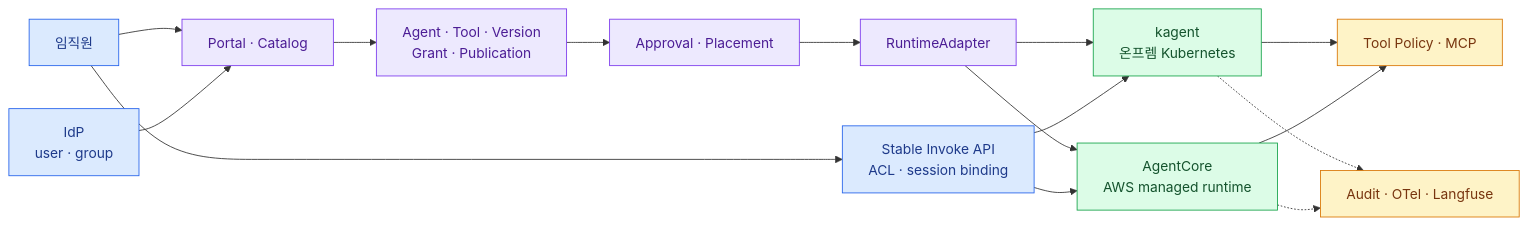
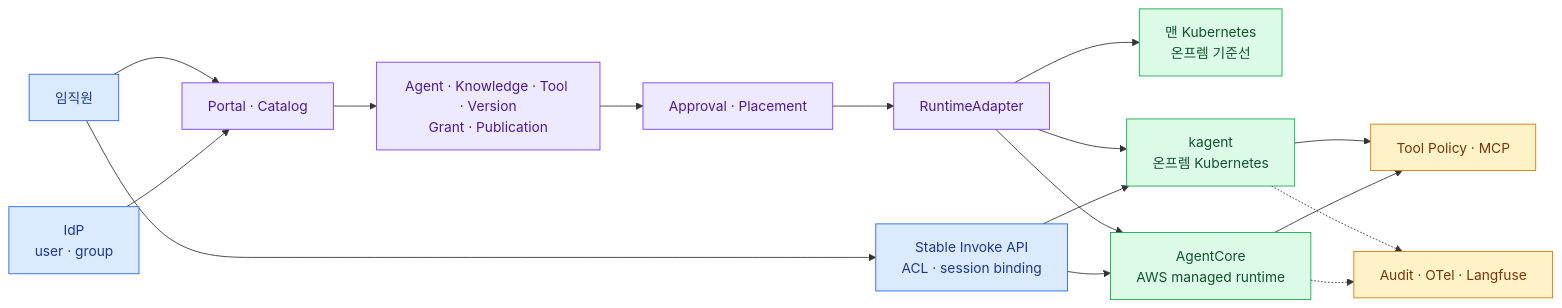
The diagram in src/content/docs/agent-platform/17-wrapup.mdx (mechurak/study-starlight), drawn with Mermaid before and after one commit. The commit also changed other lines of this file and 21 other files, not shown here.

Commit message:
Refine the agent platform architecture deck

````diff
--- a/src/content/docs/agent-platform/17-wrapup.mdx
+++ b/src/content/docs/agent-platform/17-wrapup.mdx
@@ -13,26 +13,27 @@
 ```mermaid
 flowchart LR
     USER["임직원"] --> PORTAL["Portal · Catalog"]
     IDP["IdP<br/>user · group"] --> PORTAL
-    PORTAL --> CORE["Agent · Tool · Version<br/>Grant · Publication"]
+    PORTAL --> CORE["Agent · Knowledge · Tool · Version<br/>Grant · Publication"]
     CORE --> POLICY["Approval · Placement"]
     POLICY --> ADAPTER["RuntimeAdapter"]
+    ADAPTER --> K0["맨 Kubernetes<br/>온프렘 기준선"]
     ADAPTER --> KAG["kagent<br/>온프렘 Kubernetes"]
     ADAPTER --> ACR["AgentCore<br/>AWS managed runtime"]
     USER --> EDGE["Stable Invoke API<br/>ACL · session binding"]
     EDGE --> KAG
     EDGE --> ACR
     KAG --> TOOL["Tool Policy · MCP"]
     ACR --> TOOL
     KAG -.-> OBS["Audit · OTel · Langfuse"]
     ACR -.-> OBS
 
     classDef key fill:#dbeafe,stroke:#2563eb,color:#1e3a8a
     classDef zone fill:#ede9fe,stroke:#7c3aed,color:#4c1d95
     classDef ok fill:#dcfce7,stroke:#16a34a,color:#14532d
     classDef warn fill:#fef3c7,stroke:#d97706,color:#78350f
     class USER,IDP,EDGE key
     class PORTAL,CORE,POLICY,ADAPTER zone
-    class KAG,ACR ok
+    class K0,KAG,ACR ok
     class TOOL,OBS warn
 ```
````
